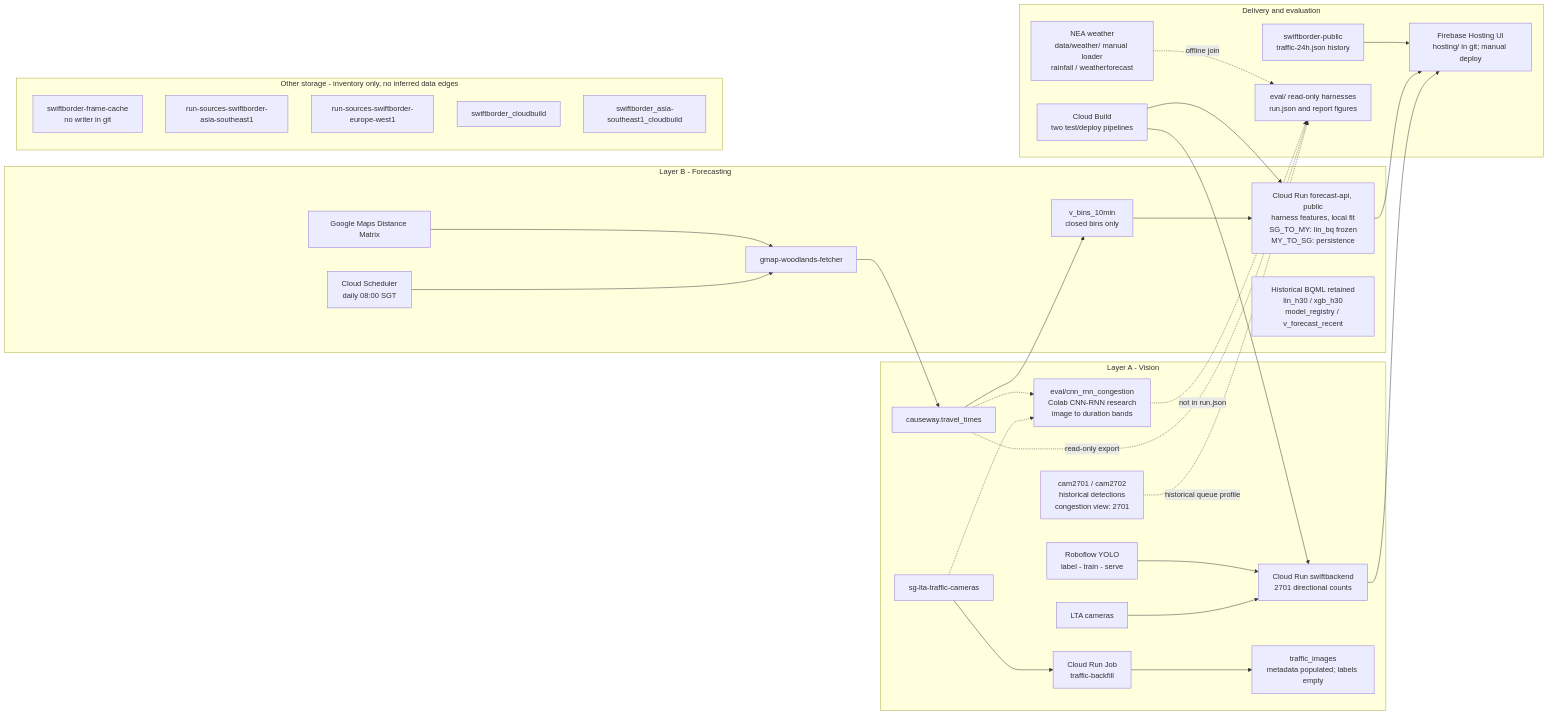
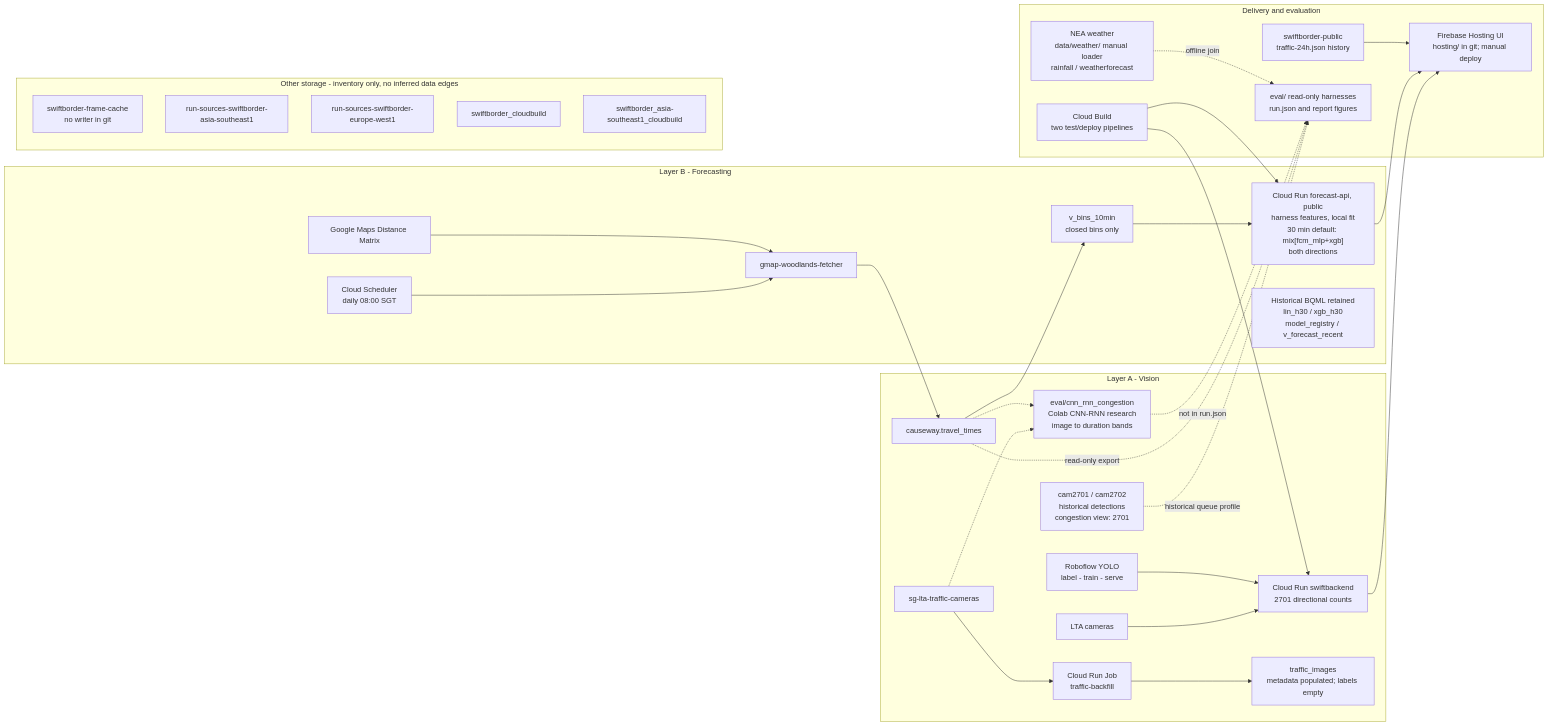
Before and after one commit to sozuken-max/swiftborder: the second of 2 diagrams in docs/architecture.md, drawn with Mermaid. The commit also changed 16 other files, not shown here.

````diff
--- a/docs/architecture.md
+++ b/docs/architecture.md
@@ -82,41 +82,41 @@
 ```mermaid
 flowchart LR
   subgraph LA["Layer A - Vision"]
     LTA["LTA cameras"] --> SB["Cloud Run swiftbackend<br/>2701 directional counts"]
     RF["Roboflow YOLO<br/>label - train - serve"] --> SB
     CAM["sg-lta-traffic-cameras"] --> JOB["Cloud Run Job<br/>traffic-backfill"]
     JOB --> META["traffic_images<br/>metadata populated; labels empty"]
     HIST["cam2701 / cam2702<br/>historical detections<br/>congestion view: 2701"]
     CNNRNN["eval/cnn_rnn_congestion<br/>Colab CNN-RNN research<br/>image to duration bands"]
     CAM -.-> CNNRNN
     TT -.-> CNNRNN
   end
   subgraph LB["Layer B - Forecasting"]
     SCH["Cloud Scheduler<br/>daily 08:00 SGT"] --> ING["gmap-woodlands-fetcher"]
     MAPS["Google Maps Distance Matrix"] --> ING
     ING --> TT["causeway.travel_times"]
     TT --> FEATURES["v_bins_10min<br/>closed bins only"]
-    FEATURES --> API["Cloud Run forecast-api, public<br/>harness features, local fit<br/>SG_TO_MY: lin_bq frozen<br/>MY_TO_SG: persistence"]
+    FEATURES --> API["Cloud Run forecast-api, public<br/>harness features, local fit<br/>30 min default: mix[fcm_mlp+xgb]<br/>both directions"]
     LEGACY["Historical BQML retained<br/>lin_h30 / xgb_h30<br/>model_registry / v_forecast_recent"]
   end
   subgraph DELIVERY["Delivery and evaluation"]
     BUILD["Cloud Build<br/>two test/deploy pipelines"] --> SB
     BUILD --> API
     UI["Firebase Hosting UI<br/>hosting/ in git; manual deploy"]
     SB --> UI
     API --> UI
     PUB["swiftborder-public<br/>traffic-24h.json history"] --> UI
     EVAL["eval/ read-only harnesses<br/>run.json and report figures"]
     WX["NEA weather<br/>data/weather/ manual loader<br/>rainfall / weatherforecast"] -.->|"offline join"| EVAL
     HIST -.->|"historical queue profile"| EVAL
     TT -.->|"read-only export"| EVAL
     CNNRNN -.->|"not in run.json"| EVAL
   end
   subgraph STORAGE["Other storage - inventory only, no inferred data edges"]
     CACHE["swiftborder-frame-cache<br/>no writer in git"]
     RS1["run-sources-swiftborder-asia-southeast1"]
     RS2["run-sources-swiftborder-europe-west1"]
     CB["swiftborder_cloudbuild"]
     CBA["swiftborder_asia-southeast1_cloudbuild"]
   end
 ```
````
